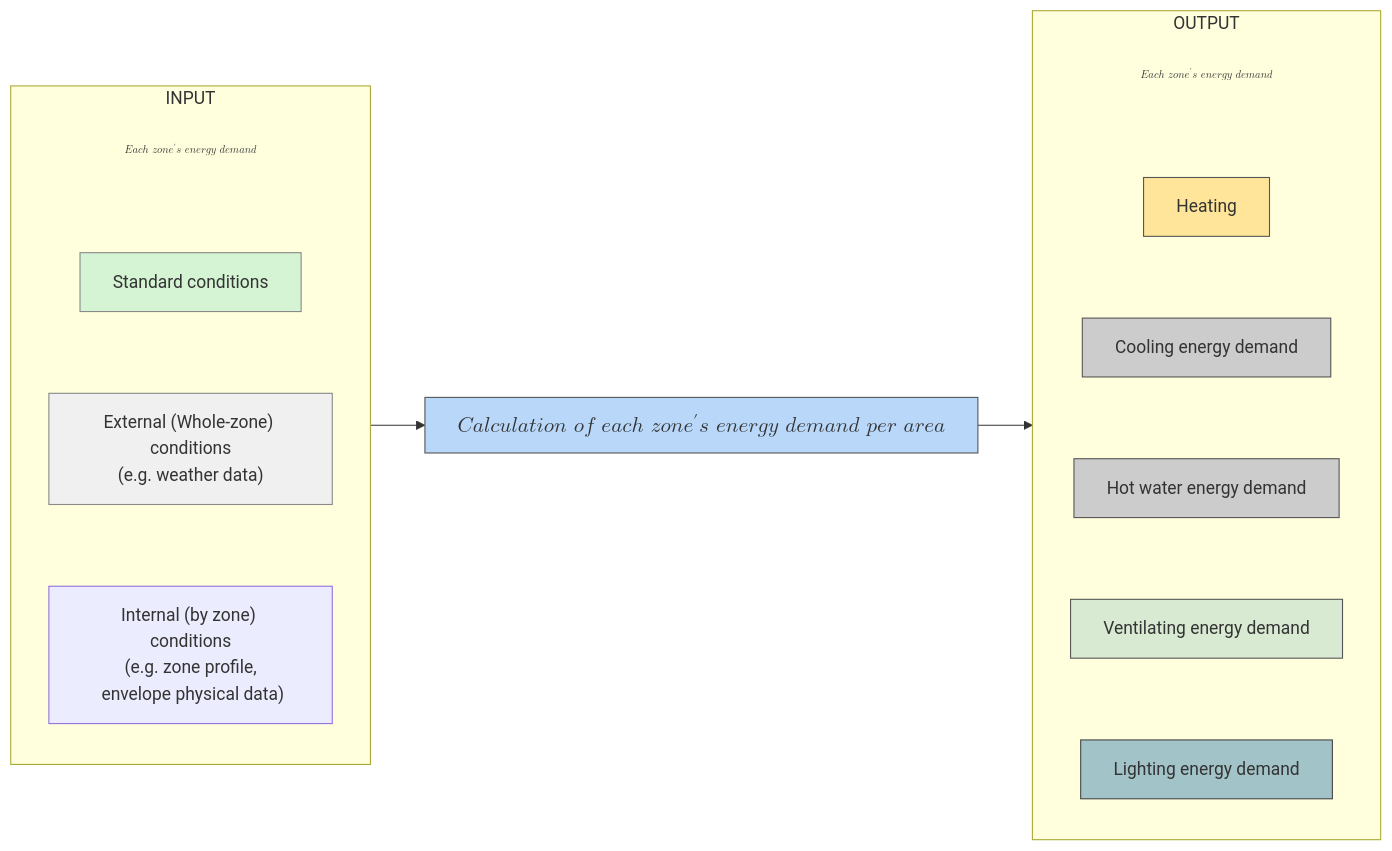
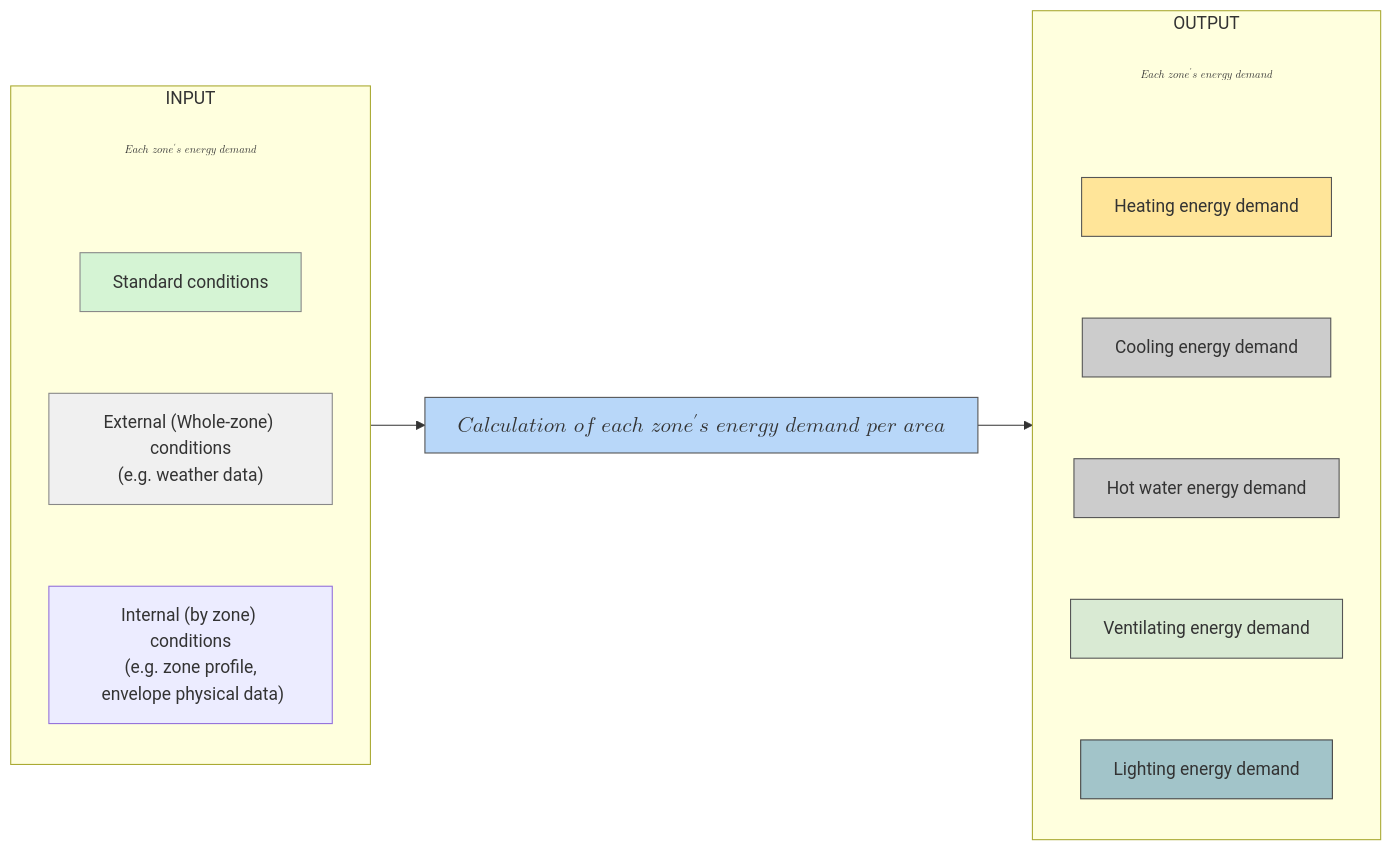
The diagram in docs/1. ECO2 Logic Guide/ECO2_diagram.md (seungyeon315/eco2_guide_center_new), drawn with Mermaid before and after one commit. The commit also changed 15 other files, not shown here.

Commit message:
Cooling energy demand

````diff
--- a/docs/1. ECO2 Logic Guide/ECO2_diagram.md
+++ b/docs/1. ECO2 Logic Guide/ECO2_diagram.md
@@ -7,57 +7,57 @@
 ```mermaid
 flowchart LR
     subgraph Input["INPUT"]
         NoteA["<div>$$Each\ zone's\ energy\ demand$$</div>"] --- A["Standard conditions"] 
         A --- B["External (Whole-zone) conditions\n(e.g. weather data)"] --- I["Internal (by zone) conditions\n(e.g. zone profile,\n envelope physical data)"]
     end
 
     Input --> C["<div>$$Calculation\ of\ each\ zone's\ energy\ demand\ per\ area$$</div>"]
 
     subgraph Output["OUTPUT"]
         direction TB
-        NoteB["<div>$$Each\ zone's\ energy\ demand$$</div>"] --- D["Heating"]
+        NoteB["<div>$$Each\ zone's\ energy\ demand$$</div>"] --- D["Heating energy demand"]
         D --- E["Cooling energy demand"]
         E --- F["Hot water energy demand"]
         F --- G["Ventilating energy demand"]
         G --- H["Lighting energy demand"]
     end
 
     C --> Output
 
     %% 링크 설정
-    click A "hvac.html" "_blank"
-    click B "weather.html" "_blank"
+    click A "/eco2_guide_center/1.%20ECO2%20Logic%20Guide/Standard_conditions.html" "_blank"
+    click B "/eco2_guide_center/1.%20ECO2%20Logic%20Guide/External_conditions.html" "_blank"
     click C "프로그램_평가_프로세스.html" "_blank"
     click D "hvac.html" "_blank"
-    click E "/eco2_guide_center/1.%20ECO2%20Logic%20Guide/냉방%20에너지%20분석/Simple_Method.html" "_blank"
-    click F "lighting.html" "_blank"
+    click E "/eco2_guide_center/1.%20ECO2%20Logic%20Guide/냉방%20에너지%20분석/Cooling_energy_demand.html" "_blank"
+    click F "/eco2_guide_center/1.%20ECO2%20Logic%20Guide/냉방%20에너지%20분석/Simple_Method.html" "_blank"
     click G "secondary.html" "_blank"
     click H "primary.html" "_blank"
-    click I "primary.html" "_blank"
+    click I "/eco2_guide_center/1.%20ECO2%20Logic%20Guide/Internal_conditions.html" "_blank"
 
     %% 스타일 설정
     style A fill:#d5f4d4,stroke:#888,stroke-width:1px
     style B fill:#f0f0f0,stroke:#888,stroke-width:1px
     style C fill:#b8d7f9,stroke:#555,stroke-width:1px
     style D fill:#ffe599,stroke:#555,stroke-width:1px
     style E fill:#ccc,stroke:#555
     style F fill:#ccc,stroke:#555
     style G fill:#d9ead3,stroke:#555
     style H fill:#a2c4c9,stroke:#444
 
     %% 핵심: Note 노드 스타일을 Mermaid 방식으로 지정
     style NoteA fill:transparent,stroke:transparent,stroke-width:0px,color:#444,font-size:8px,font-style:italic
     style NoteB fill:transparent,stroke:transparent,stroke-width:0px,color:#444,font-size:8px,font-style:italic
 
     %% 링크선 스타일
     linkStyle 0 stroke:transparent,stroke-width:0.1px
     linkStyle 1 stroke:transparent,stroke-width:0.1px
     linkStyle 2 stroke:transparent,stroke-width:0.1px
     linkStyle 3 stroke:#333,stroke-width:1px
     linkStyle 4 stroke:transparent,stroke-width:0.1px
     linkStyle 5 stroke:transparent,stroke-width:0.1px
     linkStyle 6 stroke:transparent,stroke-width:0.1px
     linkStyle 7 stroke:transparent,stroke-width:0.1px 
     linkStyle 8 stroke:transparent,stroke-width:0.1px 
     linkStyle 9 stroke:#333,stroke-width:1px
 ```
````
